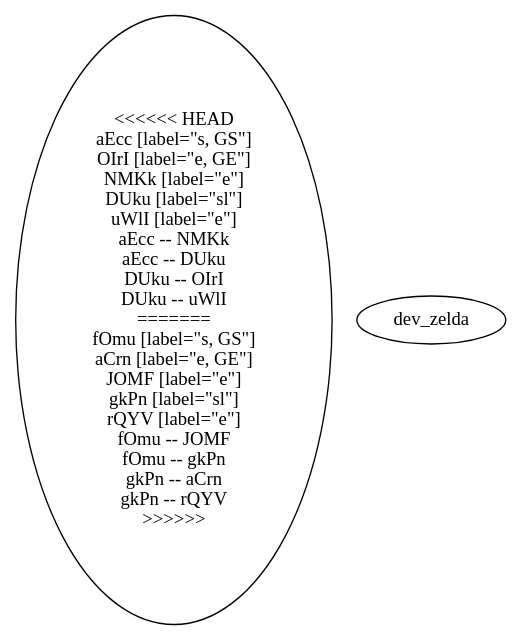
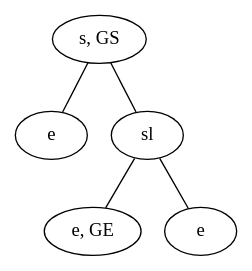
Before and after one commit to schrum2/MM-NEAT: the diagram in data/VGLC/Zelda/rules/1/1_S-E.dot, drawn with Graphviz. The commit also changed 22 other files, not shown here.

```diff
--- a/data/VGLC/Zelda/rules/1/1_S-E.dot
+++ b/data/VGLC/Zelda/rules/1/1_S-E.dot
@@ -1,23 +1,11 @@
 graph {
-<<<<<<< HEAD
-aEcc [label="s, GS"]
-OIrI [label="e, GE"]
-NMKk [label="e"]
-DUku [label="sl"]
-uWlI [label="e"]
-aEcc -- NMKk
-aEcc -- DUku
-DUku -- OIrI
-DUku -- uWlI
-=======
-fOmu [label="s, GS"]
-aCrn [label="e, GE"]
-JOMF [label="e"]
-gkPn [label="sl"]
-rQYV [label="e"]
-fOmu -- JOMF
-fOmu -- gkPn
-gkPn -- aCrn
-gkPn -- rQYV
->>>>>>> dev_zelda
+vxIW [label="s, GS"]
+Klsm [label="e, GE"]
+FSCt [label="e"]
+ZgYC [label="sl"]
+rGCG [label="e"]
+vxIW -- FSCt
+vxIW -- ZgYC
+ZgYC -- Klsm
+ZgYC -- rGCG
 }
```
